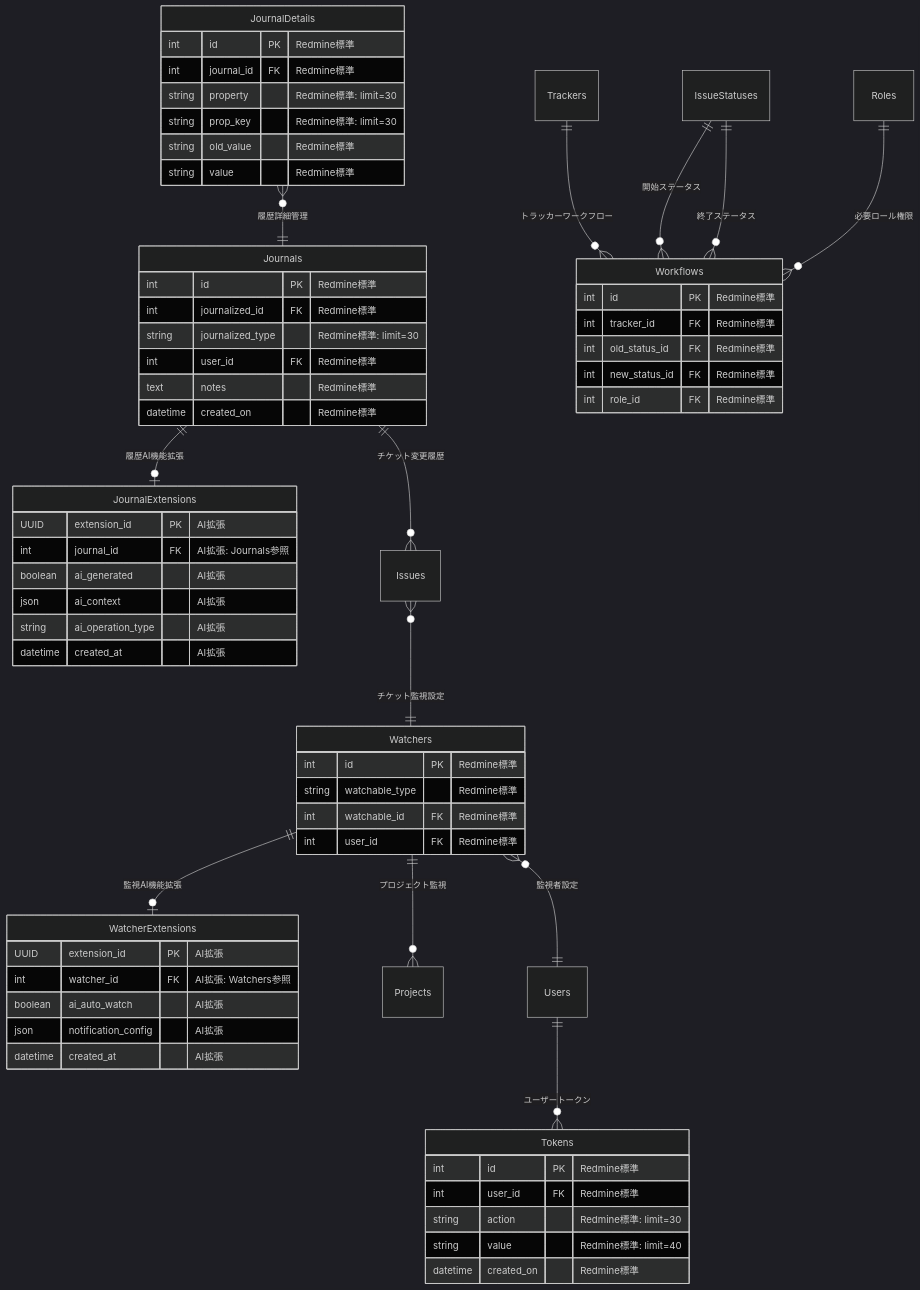
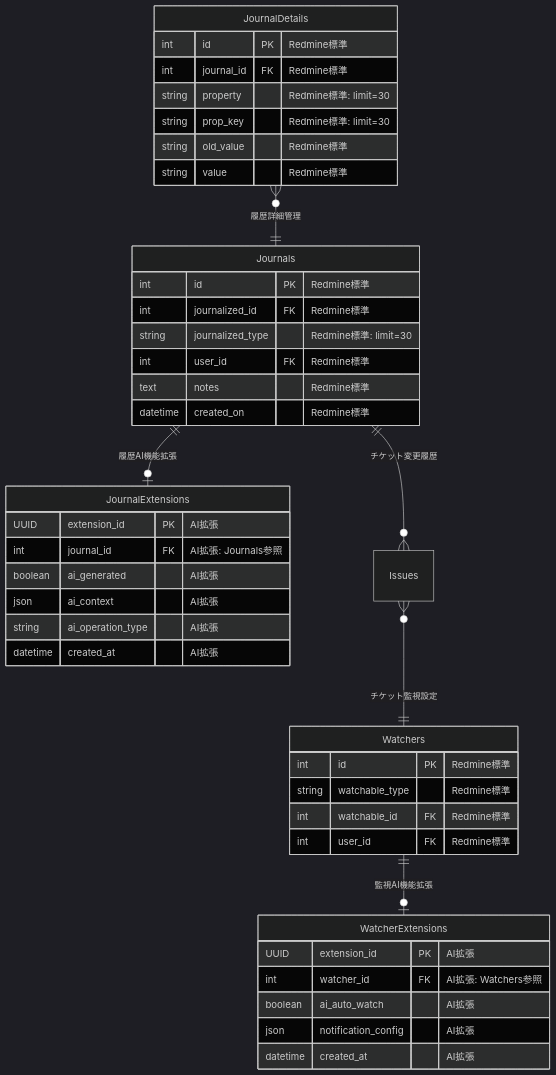
Diagram 16 of 28 in docs/030000_設計/035000_データ設計/035010_ER図.md (daichiTAAA/AgentOpsPlatform), drawn with Mermaid (dark theme) before and after one commit. The commit also changed other lines of this file, not shown here.

````diff
--- a/docs/030000_設計/035000_データ設計/035010_ER図.md
+++ b/docs/030000_設計/035000_データ設計/035010_ER図.md
@@ -856,76 +841,53 @@
 ```mermaid
 erDiagram
     %% Redmine標準テーブル（変更なし）
     Journals {
         int id PK "Redmine標準"
         int journalized_id FK "Redmine標準"
         string journalized_type "Redmine標準: limit=30"
         int user_id FK "Redmine標準"
         text notes "Redmine標準"
         datetime created_on "Redmine標準"
     }
     
     JournalDetails {
         int id PK "Redmine標準"
         int journal_id FK "Redmine標準"
         string property "Redmine標準: limit=30"
         string prop_key "Redmine標準: limit=30"
         string old_value "Redmine標準"
         string value "Redmine標準"
     }
     
     Watchers {
         int id PK "Redmine標準"
         string watchable_type "Redmine標準"
         int watchable_id FK "Redmine標準"
         int user_id FK "Redmine標準"
     }
     
-    Tokens {
-        int id PK "Redmine標準"
-        int user_id FK "Redmine標準"
-        string action "Redmine標準: limit=30"
-        string value "Redmine標準: limit=40"
-        datetime created_on "Redmine標準"
-    }
-    
-    Workflows {
-        int id PK "Redmine標準"
-        int tracker_id FK "Redmine標準"
-        int old_status_id FK "Redmine標準"
-        int new_status_id FK "Redmine標準"
-        int role_id FK "Redmine標準"
-    }
-    
     %% AI拡張テーブル（新規追加）
     JournalExtensions {
         UUID extension_id PK "AI拡張"
         int journal_id FK "AI拡張: Journals参照"
         boolean ai_generated "AI拡張"
         json ai_context "AI拡張"
         string ai_operation_type "AI拡張"
         datetime created_at "AI拡張"
     }
     
     WatcherExtensions {
         UUID extension_id PK "AI拡張"
         int watcher_id FK "AI拡張: Watchers参照"
         boolean ai_auto_watch "AI拡張"
         json notification_config "AI拡張"
         datetime created_at "AI拡張"
     }
     
     %% 関係性
     Journals ||--o| JournalExtensions : "履歴AI機能拡張"
     Watchers ||--o| WatcherExtensions : "監視AI機能拡張"
     JournalDetails }o--|| Journals : "履歴詳細管理"
     Journals ||--o{ Issues : "チケット変更履歴"
     Issues }o--|| Watchers : "チケット監視設定"
-    Watchers ||--o{ Projects : "プロジェクト監視"
-    Users ||--o{ Tokens : "ユーザートークン"
-    Watchers }o--|| Users : "監視者設定"
-    Trackers ||--o{ Workflows : "トラッカーワークフロー"
-    IssueStatuses ||--o{ Workflows : "開始ステータス"
-    IssueStatuses ||--o{ Workflows : "終了ステータス"
-    Roles ||--o{ Workflows : "必要ロール権限"
 ```
````
